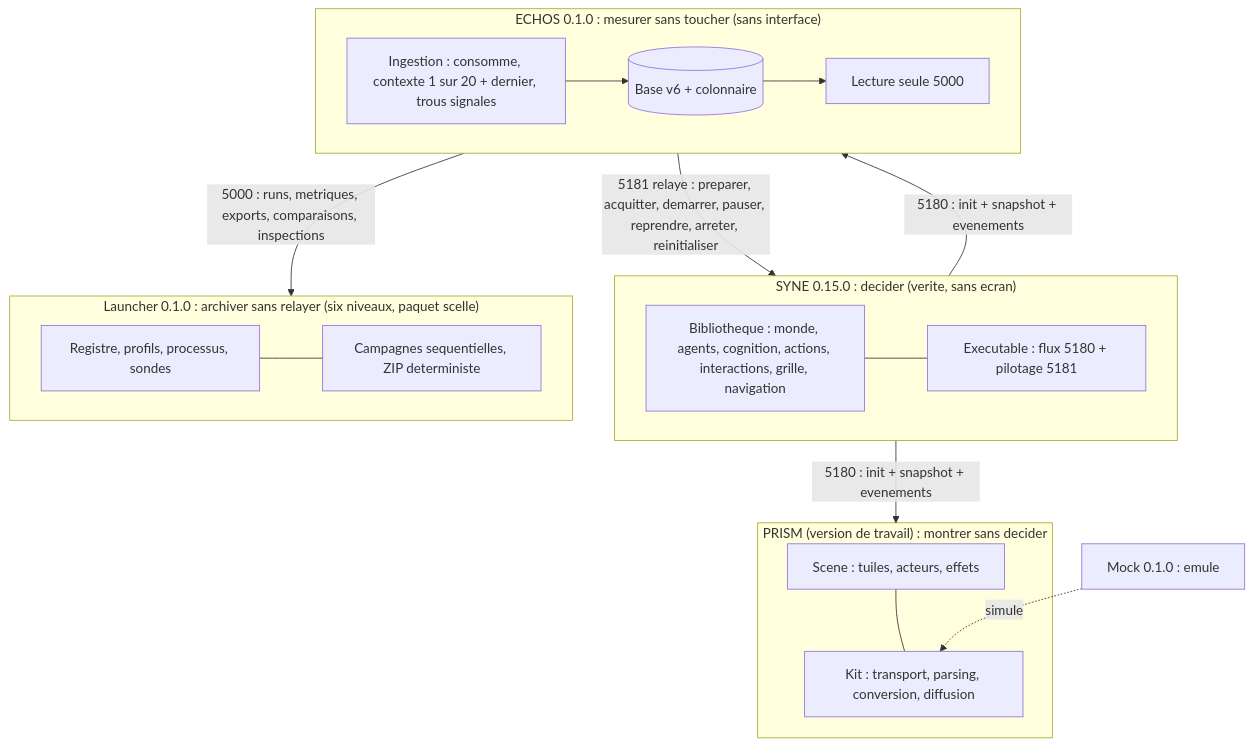
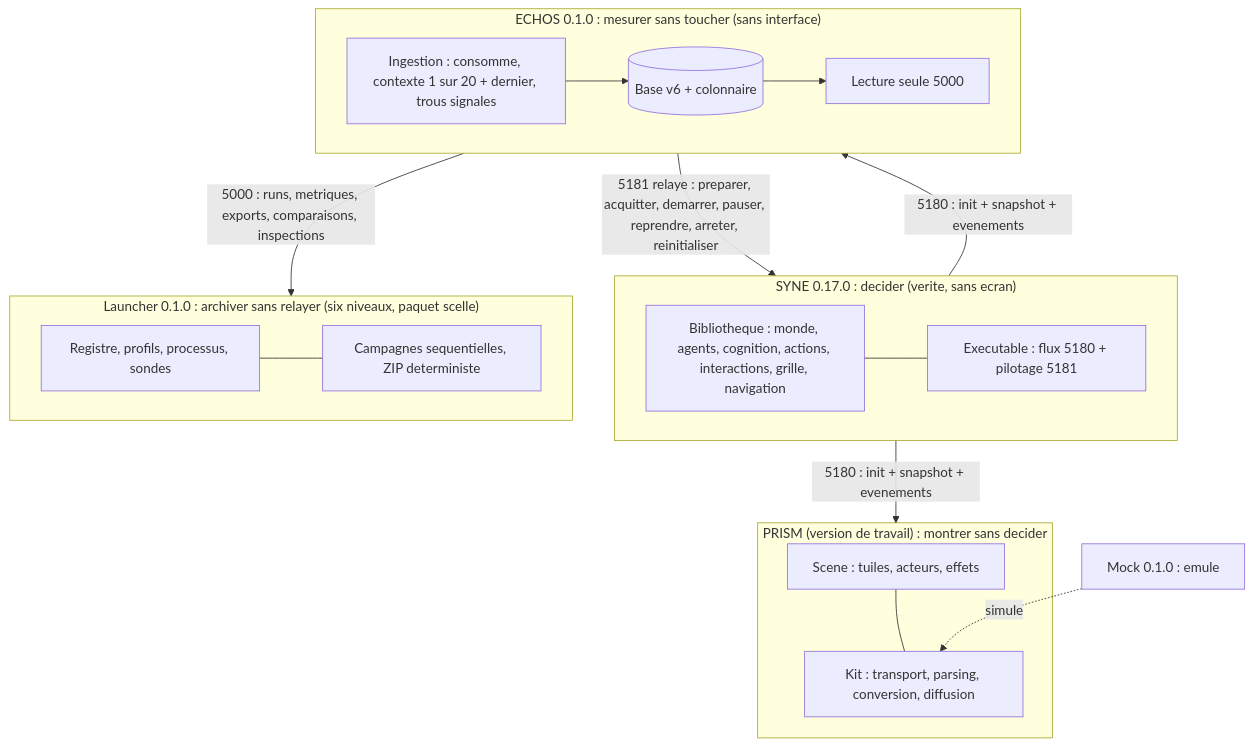
The first of 2 diagrams in docs/monographie/04b-projet-vision-architecture.md (donovan-dev-web/LIVEX), drawn with Mermaid before and after one commit. The commit also changed 714 other files, not shown here.

````diff
--- a/docs/monographie/04b-projet-vision-architecture.md
+++ b/docs/monographie/04b-projet-vision-architecture.md
@@ -41,30 +41,30 @@
 ```mermaid
 flowchart TB
-    subgraph SYNE["SYNE 0.15.0 : decider (verite, sans ecran)"]
+    subgraph SYNE["SYNE 0.17.0 : decider (verite, sans ecran)"]
         CORE["Bibliotheque : monde, agents, cognition, actions, interactions, grille, navigation"]
         SRV["Executable : flux 5180 + pilotage 5181"]
         CORE --- SRV
     end
     subgraph ECHOS["ECHOS 0.1.0 : mesurer sans toucher (sans interface)"]
         ING["Ingestion : consomme, contexte 1 sur 20 + dernier, trous signales"]
         STO[("Base v6 + colonnaire")]
         LEC["Lecture seule 5000"]
         ING --> STO --> LEC
     end
     subgraph PRISM["PRISM (version de travail) : montrer sans decider"]
         SCN["Scene : tuiles, acteurs, effets"]
         KIT["Kit : transport, parsing, conversion, diffusion"]
         SCN --- KIT
     end
     subgraph LAU["Launcher 0.1.0 : archiver sans relayer (six niveaux, paquet scelle)"]
         PIL["Registre, profils, processus, sondes"]
         ARC["Campagnes sequentielles, ZIP deterministe"]
         PIL --- ARC
     end
     OUT["Mock 0.1.0 : emule"]
     SYNE -->|"5180 : init + snapshot + evenements"| ECHOS
     SYNE -->|"5180 : init + snapshot + evenements"| PRISM
     OUT -.->|"simule"| KIT
     ECHOS -->|"5181 relaye : preparer, acquitter, demarrer, pauser, reprendre, arreter, reinitialiser"| SYNE
     ECHOS -->|"5000 : runs, metriques, exports, comparaisons, inspections"| LAU
 ```
````
